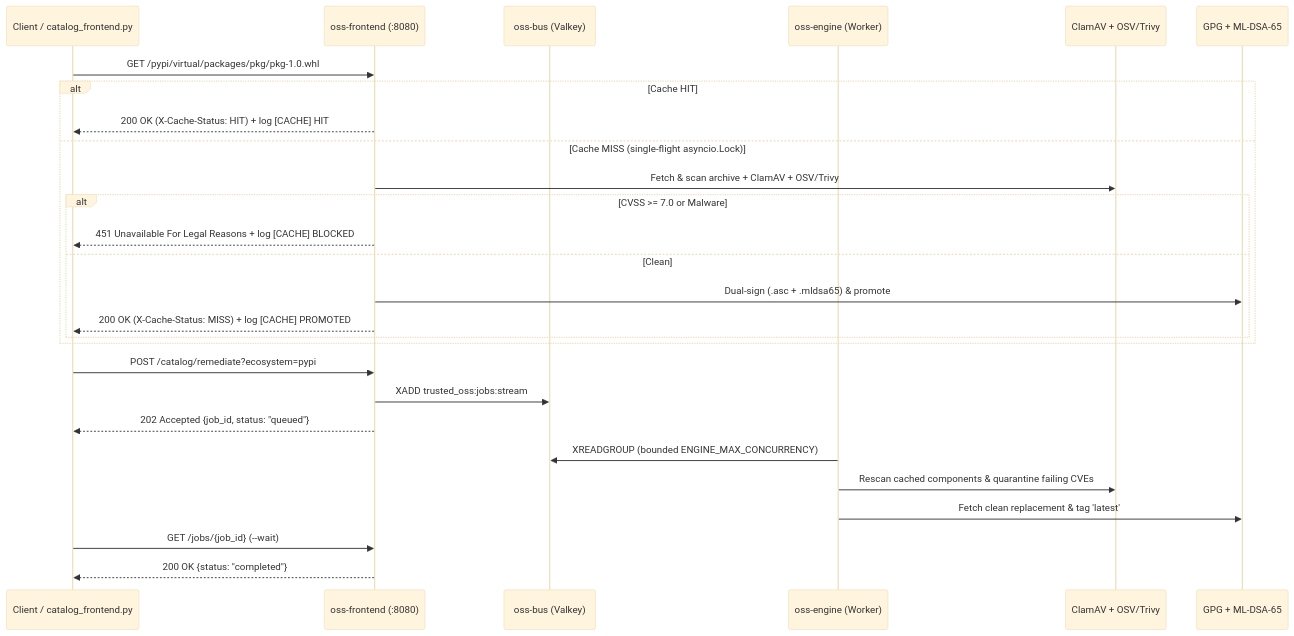
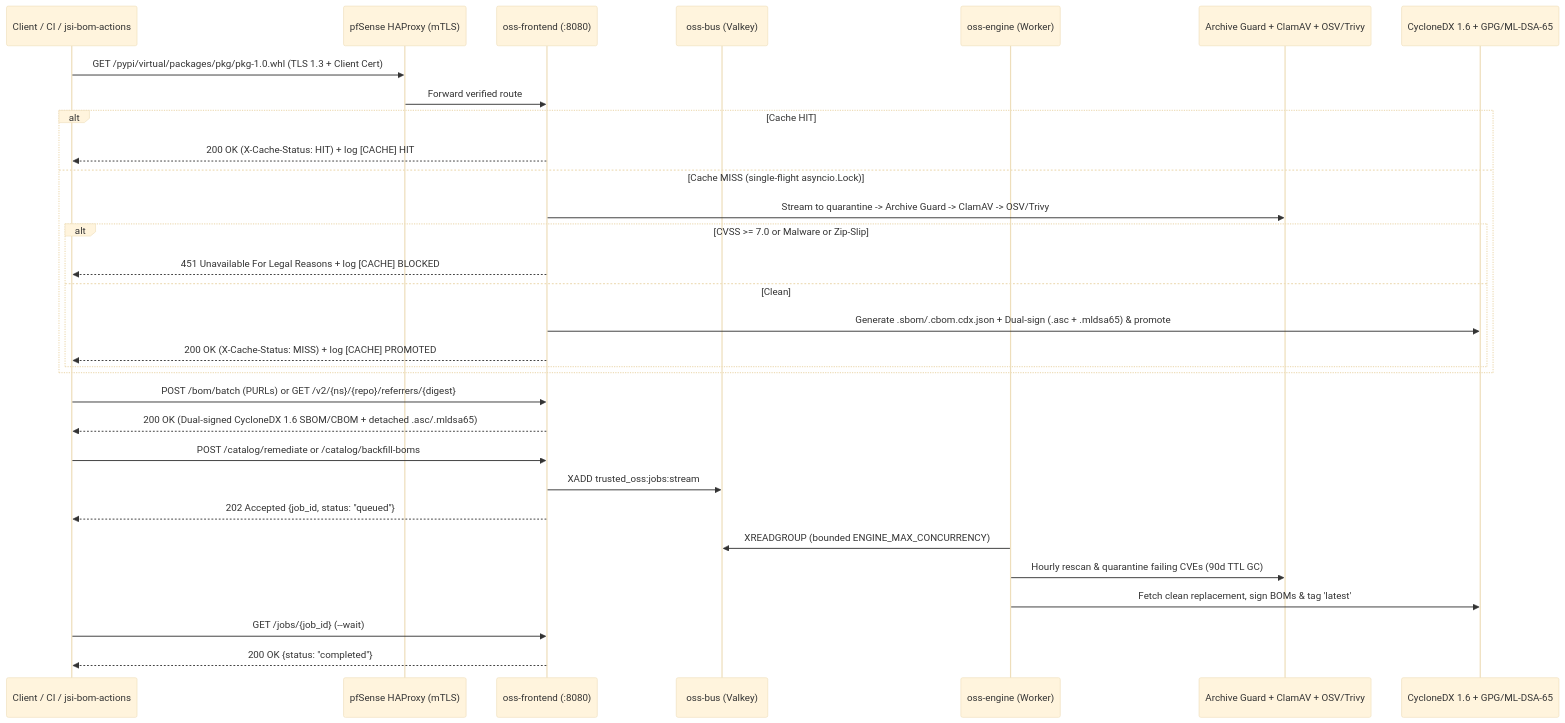
Before and after one commit to jsoehner/trusted-oss-harbor: the second of 2 diagrams in README.md, drawn with Mermaid (base theme). The commit also changed other lines of this file and 4 other files, not shown here.

Commit message:
docs(architecture): update v1.6.0 visual architecture diagrams and add pluggable security capabilities map

````diff
--- a/README.md
+++ b/README.md
@@ -33,29 +37,33 @@
 ```mermaid
 sequenceDiagram
-    participant C as Client / catalog_frontend.py
+    participant C as Client / CI / jsi-bom-actions
+    participant Edge as pfSense HAProxy (mTLS)
     participant FE as oss-frontend (:8080)
     participant Bus as oss-bus (Valkey)
     participant Eng as oss-engine (Worker)
-    participant S as ClamAV + OSV/Trivy
-    participant K as GPG + ML-DSA-65
-    C->>FE: GET /pypi/virtual/packages/pkg/pkg-1.0.whl
+    participant S as Archive Guard + ClamAV + OSV/Trivy
+    participant K as CycloneDX 1.6 + GPG/ML-DSA-65
+    C->>Edge: GET /pypi/virtual/packages/pkg/pkg-1.0.whl (TLS 1.3 + Client Cert)
+    Edge->>FE: Forward verified route
     alt Cache HIT
         FE-->>C: 200 OK (X-Cache-Status: HIT) + log [CACHE] HIT
     else Cache MISS (single-flight asyncio.Lock)
-        FE->>S: Fetch & scan archive + ClamAV + OSV/Trivy
-        alt CVSS >= 7.0 or Malware
+        FE->>S: Stream to quarantine -> Archive Guard -> ClamAV -> OSV/Trivy
+        alt CVSS >= 7.0 or Malware or Zip-Slip
             FE-->>C: 451 Unavailable For Legal Reasons + log [CACHE] BLOCKED
         else Clean
-            FE->>K: Dual-sign (.asc + .mldsa65) & promote
+            FE->>K: Generate .sbom/.cbom.cdx.json + Dual-sign (.asc + .mldsa65) & promote
             FE-->>C: 200 OK (X-Cache-Status: MISS) + log [CACHE] PROMOTED
         end
     end
-    C->>FE: POST /catalog/remediate?ecosystem=pypi
+    C->>FE: POST /bom/batch (PURLs) or GET /v2/{ns}/{repo}/referrers/{digest}
+    FE-->>C: 200 OK (Dual-signed CycloneDX 1.6 SBOM/CBOM + detached .asc/.mldsa65)
+    C->>FE: POST /catalog/remediate or /catalog/backfill-boms
     FE->>Bus: XADD trusted_oss:jobs:stream
     FE-->>C: 202 Accepted {job_id, status: "queued"}
     Eng->>Bus: XREADGROUP (bounded ENGINE_MAX_CONCURRENCY)
-    Eng->>S: Rescan cached components & quarantine failing CVEs
-    Eng->>K: Fetch clean replacement & tag 'latest'
+    Eng->>S: Hourly rescan & quarantine failing CVEs (90d TTL GC)
+    Eng->>K: Fetch clean replacement, sign BOMs & tag 'latest'
     C->>FE: GET /jobs/{job_id} (--wait)
     FE-->>C: 200 OK {status: "completed"}
 ```
````
